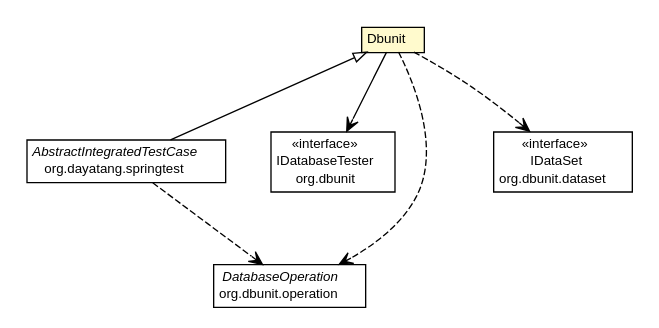
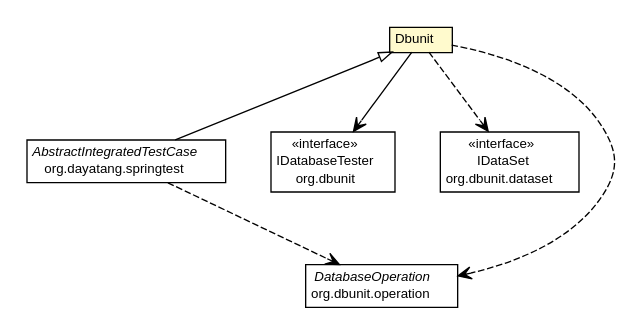
One commit to dayatang/dddlib changed the diagram in apidocs/org/dayatang/dbunit/Dbunit.dot. Above: the diagram before and after it, drawn with Graphviz. The commit also changed 1515 other files, not shown here.

```diff
--- a/apidocs/org/dayatang/dbunit/Dbunit.dot
+++ b/apidocs/org/dayatang/dbunit/Dbunit.dot
@@ -1,58 +1,58 @@
 #!/usr/local/bin/dot
 #
 # Class diagram 
 # Generated by UMLGraph version R5_6_6-8-g8d7759 (http://www.umlgraph.org/)
 #
 
 digraph G {
 	edge [fontname="Helvetica",fontsize=10,labelfontname="Helvetica",labelfontsize=10];
 	node [fontname="Helvetica",fontsize=10,shape=plaintext];
 	nodesep=0.25;
 	ranksep=0.5;
 	// org.dayatang.dbunit.Dbunit
 	c40672 [label=<<table title="org.dayatang.dbunit.Dbunit" border="0" cellborder="1" cellspacing="0" cellpadding="2" port="p" bgcolor="lemonChiffon" href="./Dbunit.html">
 		<tr><td><table border="0" cellspacing="0" cellpadding="1">
 <tr><td align="center" balign="center"> Dbunit </td></tr>
 		</table></td></tr>
 		</table>>, URL="./Dbunit.html", fontname="Helvetica", fontcolor="black", fontsize=10.0];
 	// org.dayatang.springtest.AbstractIntegratedTestCase
 	c40719 [label=<<table title="org.dayatang.springtest.AbstractIntegratedTestCase" border="0" cellborder="1" cellspacing="0" cellpadding="2" port="p" href="../springtest/AbstractIntegratedTestCase.html">
 		<tr><td><table border="0" cellspacing="0" cellpadding="1">
 <tr><td align="center" balign="center"><font face="Helvetica-Oblique"> AbstractIntegratedTestCase </font></td></tr>
 <tr><td align="center" balign="center"> org.dayatang.springtest </td></tr>
 		</table></td></tr>
 		</table>>, URL="../springtest/AbstractIntegratedTestCase.html", fontname="Helvetica", fontcolor="black", fontsize=10.0];
 	//org.dayatang.springtest.AbstractIntegratedTestCase extends org.dayatang.dbunit.Dbunit
 	c40672:p -> c40719:p [dir=back,arrowtail=empty];
 	// org.dayatang.dbunit.Dbunit NAVASSOC org.dbunit.IDatabaseTester
 	c40672:p -> c40811:p [taillabel="", label=" "headlabel="", fontname="Helvetica", fontcolor="black", fontsize=10.0, color="black", arrowhead=open];
+	// org.dayatang.dbunit.Dbunit DEPEND org.dbunit.dataset.IDataSet
+	c40672:p -> c40812:p [taillabel="", label=" "headlabel="", fontname="Helvetica", fontcolor="black", fontsize=10.0, color="black", arrowhead=open, style=dashed];
 	// org.dayatang.dbunit.Dbunit DEPEND org.dbunit.operation.DatabaseOperation
-	c40672:p -> c40812:p [taillabel="", label=" "headlabel="", fontname="Helvetica", fontcolor="black", fontsize=10.0, color="black", arrowhead=open, style=dashed];
-	// org.dayatang.dbunit.Dbunit DEPEND org.dbunit.dataset.IDataSet
 	c40672:p -> c40813:p [taillabel="", label=" "headlabel="", fontname="Helvetica", fontcolor="black", fontsize=10.0, color="black", arrowhead=open, style=dashed];
 	// org.dayatang.springtest.AbstractIntegratedTestCase DEPEND org.dbunit.operation.DatabaseOperation
-	c40719:p -> c40812:p [taillabel="", label=" "headlabel="", fontname="Helvetica", fontcolor="black", fontsize=10.0, color="black", arrowhead=open, style=dashed];
+	c40719:p -> c40813:p [taillabel="", label=" "headlabel="", fontname="Helvetica", fontcolor="black", fontsize=10.0, color="black", arrowhead=open, style=dashed];
 	// org.dbunit.dataset.IDataSet
-	c40813 [label=<<table title="org.dbunit.dataset.IDataSet" border="0" cellborder="1" cellspacing="0" cellpadding="2" port="p" href="http://java.sun.com/j2se/1.4.2/docs/api/org/dbunit/dataset/IDataSet.html">
+	c40812 [label=<<table title="org.dbunit.dataset.IDataSet" border="0" cellborder="1" cellspacing="0" cellpadding="2" port="p" href="http://java.sun.com/j2se/1.4.2/docs/api/org/dbunit/dataset/IDataSet.html">
 		<tr><td><table border="0" cellspacing="0" cellpadding="1">
 <tr><td align="center" balign="center"> &#171;interface&#187; </td></tr>
 <tr><td align="center" balign="center"> IDataSet </td></tr>
 <tr><td align="center" balign="center"> org.dbunit.dataset </td></tr>
 		</table></td></tr>
 		</table>>, URL="http://java.sun.com/j2se/1.4.2/docs/api/org/dbunit/dataset/IDataSet.html", fontname="Helvetica", fontcolor="black", fontsize=10.0];
 	// org.dbunit.IDatabaseTester
 	c40811 [label=<<table title="org.dbunit.IDatabaseTester" border="0" cellborder="1" cellspacing="0" cellpadding="2" port="p" href="http://java.sun.com/j2se/1.4.2/docs/api/org/dbunit/IDatabaseTester.html">
 		<tr><td><table border="0" cellspacing="0" cellpadding="1">
 <tr><td align="center" balign="center"> &#171;interface&#187; </td></tr>
 <tr><td align="center" balign="center"> IDatabaseTester </td></tr>
 <tr><td align="center" balign="center"> org.dbunit </td></tr>
 		</table></td></tr>
 		</table>>, URL="http://java.sun.com/j2se/1.4.2/docs/api/org/dbunit/IDatabaseTester.html", fontname="Helvetica", fontcolor="black", fontsize=10.0];
 	// org.dbunit.operation.DatabaseOperation
-	c40812 [label=<<table title="org.dbunit.operation.DatabaseOperation" border="0" cellborder="1" cellspacing="0" cellpadding="2" port="p" href="http://java.sun.com/j2se/1.4.2/docs/api/org/dbunit/operation/DatabaseOperation.html">
+	c40813 [label=<<table title="org.dbunit.operation.DatabaseOperation" border="0" cellborder="1" cellspacing="0" cellpadding="2" port="p" href="http://java.sun.com/j2se/1.4.2/docs/api/org/dbunit/operation/DatabaseOperation.html">
 		<tr><td><table border="0" cellspacing="0" cellpadding="1">
 <tr><td align="center" balign="center"><font face="Helvetica-Oblique"> DatabaseOperation </font></td></tr>
 <tr><td align="center" balign="center"> org.dbunit.operation </td></tr>
 		</table></td></tr>
 		</table>>, URL="http://java.sun.com/j2se/1.4.2/docs/api/org/dbunit/operation/DatabaseOperation.html", fontname="Helvetica", fontcolor="black", fontsize=10.0];
 }
```
